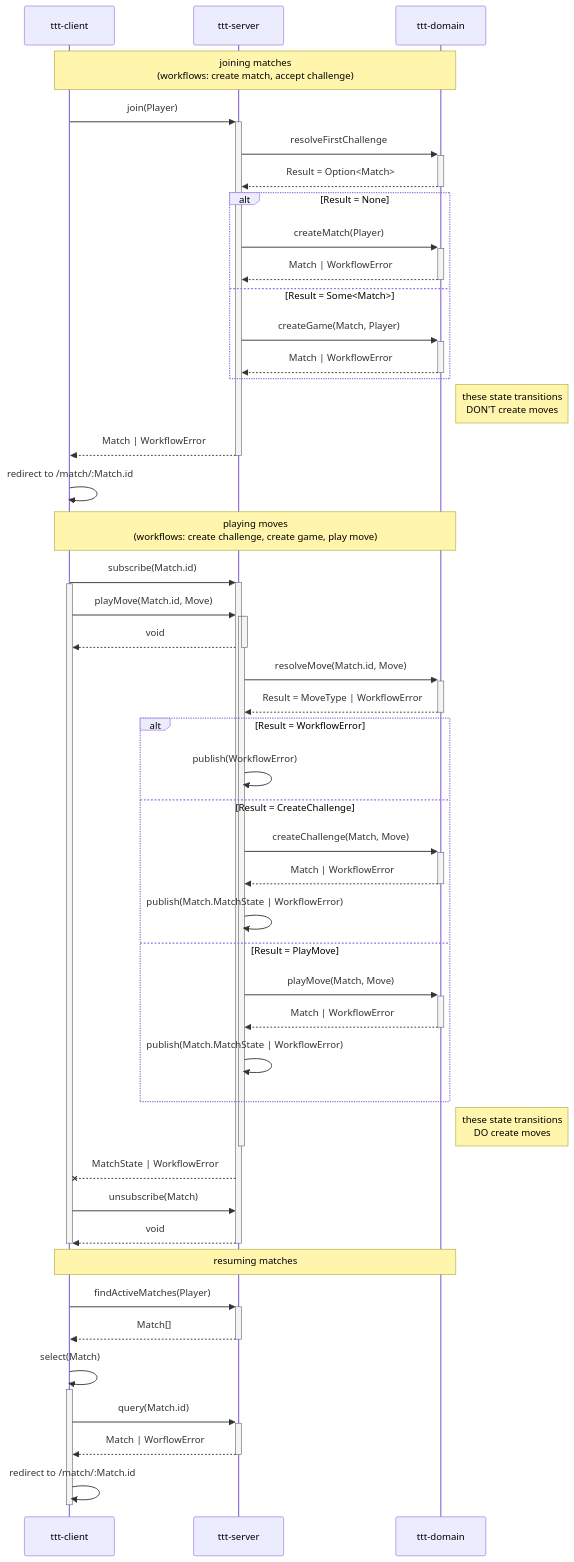
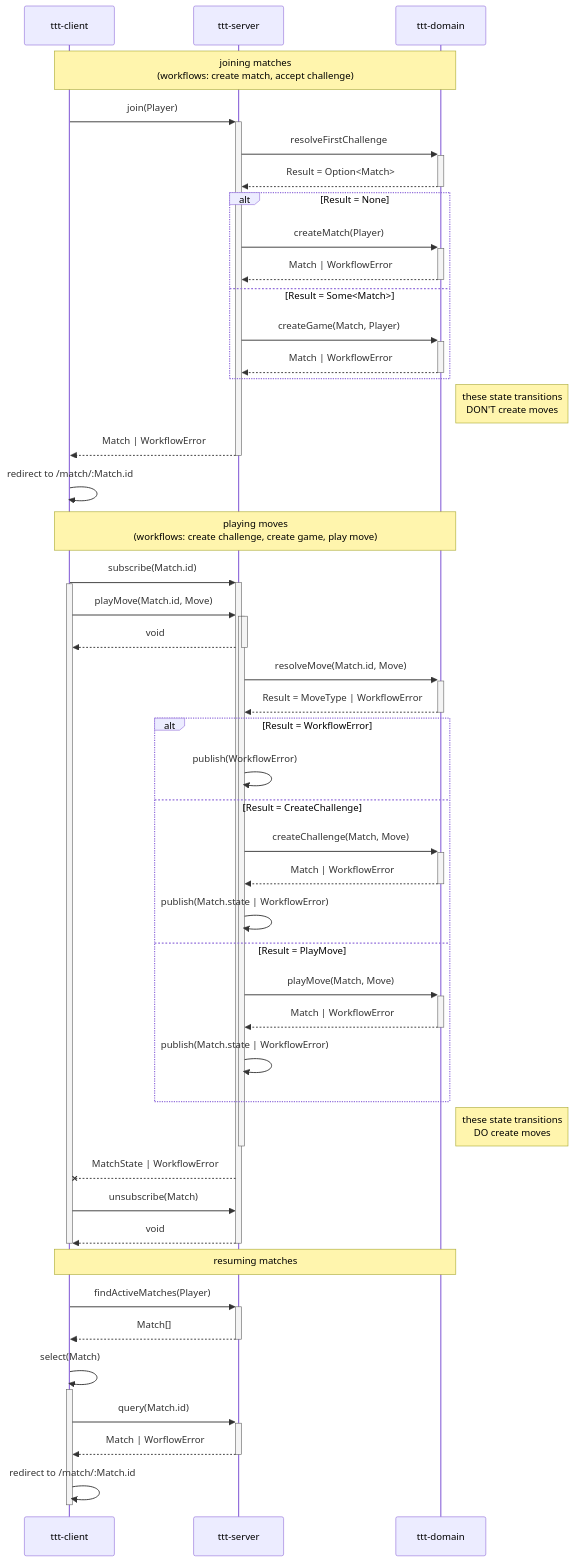
The diagram in sequence-diagram.md (grancalavera/ttt), drawn with Mermaid before and after one commit. The commit also changed 12 other files, not shown here.

Commit message:
decouple error ctor signarure from workflow input

````diff
--- a/sequence-diagram.md
+++ b/sequence-diagram.md
@@ -1,77 +1,77 @@
 ```mermaid
 sequenceDiagram
   participant c as ttt-client
   participant s as ttt-server
   participant d as ttt-domain
 
   note over c,d: joining matches <br />(workflows: create match, accept challenge)
 
   c->>+s: join(Player)
 
     s->>+d: resolveFirstChallenge
     d-->>-s: Result = Option<Match>
 
     alt Result = None
       s->>+d: createMatch(Player)
       d-->>-s: Match | WorkflowError
 
     else Result = Some<Match>
       s->>+d: createGame(Match, Player)
 
       d-->>-s: Match | WorkflowError
     end
       note right of d: these state transitions <br /> DON'T create moves
 
   s-->>-c: Match | WorkflowError
 
   c->>c: redirect to /match/:Match.id
 
   note over c,d: playing moves <br />(workflows: create challenge, create game, play move)
 
   c->>+s: subscribe(Match.id)
   activate c
 
   c->>+s: playMove(Match.id, Move)
   activate s
   s-->>-c: void
 
   s->>+d: resolveMove(Match.id, Move)
   d-->>-s: Result = MoveType | WorkflowError
 
 
   alt Result = WorkflowError
     s->>s: publish(WorkflowError)
 
   else Result = CreateChallenge
     s->>+d: createChallenge(Match, Move)
     d-->>-s: Match | WorkflowError
-    s->>s: publish(Match.MatchState | WorkflowError)
+    s->>s: publish(Match.state | WorkflowError)
 
   else Result = PlayMove
     s->>+d: playMove(Match, Move)
     d-->>-s: Match | WorkflowError
-    s->>s: publish(Match.MatchState | WorkflowError)
+    s->>s: publish(Match.state | WorkflowError)
 
   end
 
   note right of d: these state transitions <br /> DO create moves
 
   deactivate s
 
   s--xc: MatchState | WorkflowError
   c->>s: unsubscribe(Match)
   s-->>-c: void
   deactivate c
 
   note over c,d: resuming matches
 
   c->>+s: findActiveMatches(Player)
   s-->>-c: Match[]
 
   c->>c: select(Match)
   activate c
   c->>+s: query(Match.id)
   s-->>-c: Match | WorflowError
   c->>c: redirect to /match/:Match.id
   deactivate c
 ```
````
